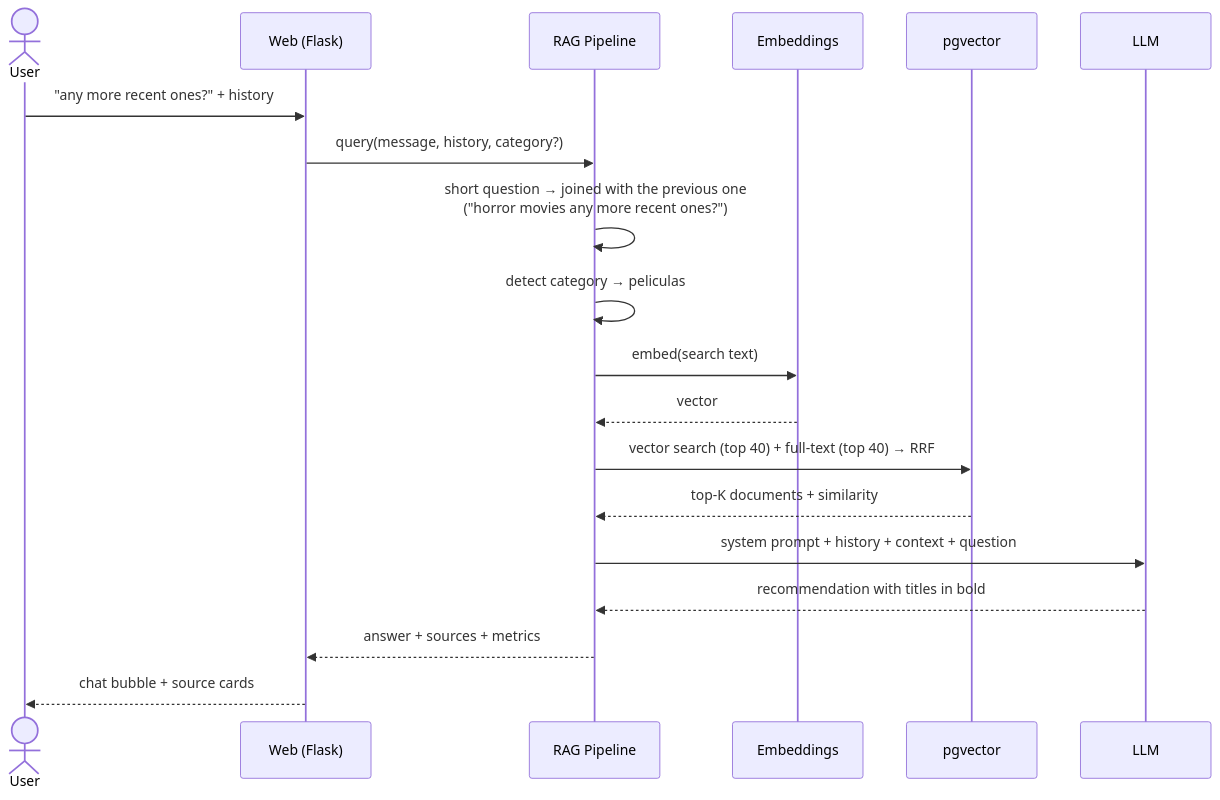
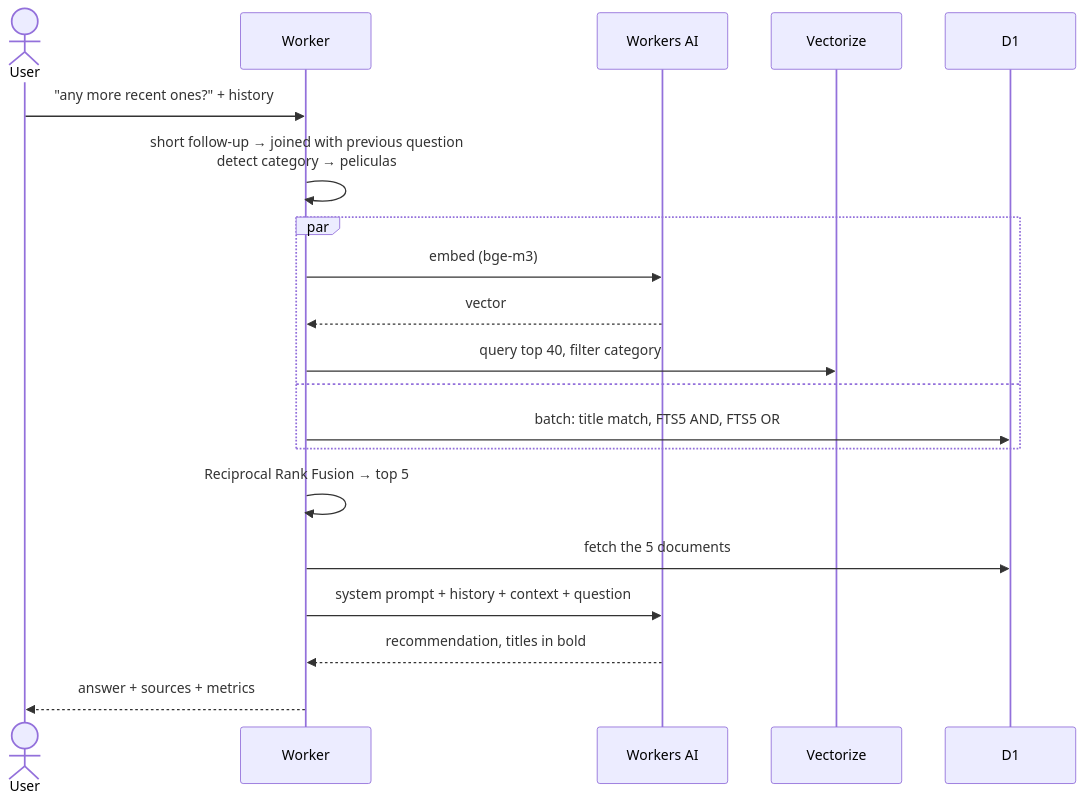
Before and after one commit to manu-gt-hub/rag_system: the fourth of 5 diagrams in doc/architecture.md, drawn with Mermaid. The commit also changed other lines of this file and 53 other files, not shown here.

````diff
--- a/doc/architecture.md
+++ b/doc/architecture.md
@@ -118,22 +117,22 @@
 ```mermaid
 sequenceDiagram
     actor U as User
-    participant W as Web (Flask)
-    participant P as RAG Pipeline
-    participant E as Embeddings
-    participant DB as pgvector
-    participant L as LLM
-
+    participant W as Worker
+    participant AI as Workers AI
+    participant V as Vectorize
+    participant D as D1
     U->>W: "any more recent ones?" + history
-    W->>P: query(message, history, category?)
-    P->>P: short question → joined with the previous one<br/>("horror movies any more recent ones?")
-    P->>P: detect category → peliculas
-    P->>E: embed(search text)
-    E-->>P: vector
-    P->>DB: vector search (top 40) + full-text (top 40) → RRF
-    DB-->>P: top-K documents + similarity
-    P->>L: system prompt + history + context + question
-    L-->>P: recommendation with titles in bold
-    P-->>W: answer + sources + metrics
-    W-->>U: chat bubble + source cards
+    W->>W: short follow-up → joined with previous question<br/>detect category → peliculas
+    par
+        W->>AI: embed (bge-m3)
+        AI-->>W: vector
+        W->>V: query top 40, filter category
+    and
+        W->>D: batch: title match, FTS5 AND, FTS5 OR
+    end
+    W->>W: Reciprocal Rank Fusion → top 5
+    W->>D: fetch the 5 documents
+    W->>AI: system prompt + history + context + question
+    AI-->>W: recommendation, titles in bold
+    W-->>U: answer + sources + metrics
 ```
````
